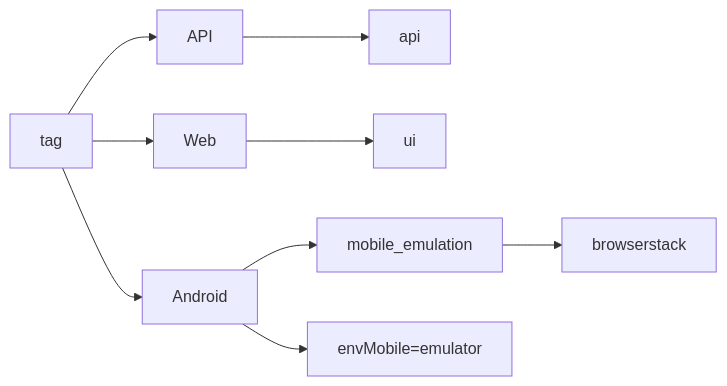
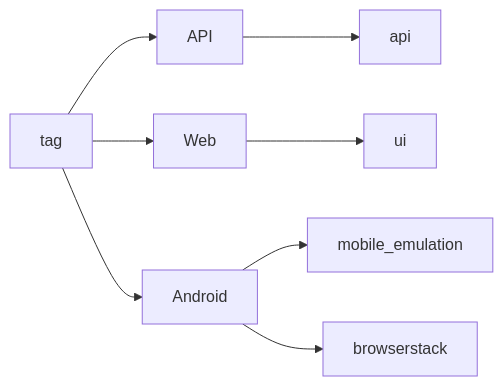
Before and after one commit to Elena-Chaplygina/TestSimpleWine: the diagram in README.md, drawn with Mermaid. The commit also changed other lines of this file and 1 other file, not shown here.

````diff
--- a/README.md
+++ b/README.md
@@ -165,11 +165,10 @@
 ```mermaid
 graph LR
 A[tag] --> B[API]
 A --> C[Web]
 A --> D[Android]
 B --> K[api]
 C --> E[ui]
 D --> G[mobile_emulation]
-D --> H[envMobile=emulator]
-G --> F[browserstack]
+D --> H[browserstack]
 ```
````
